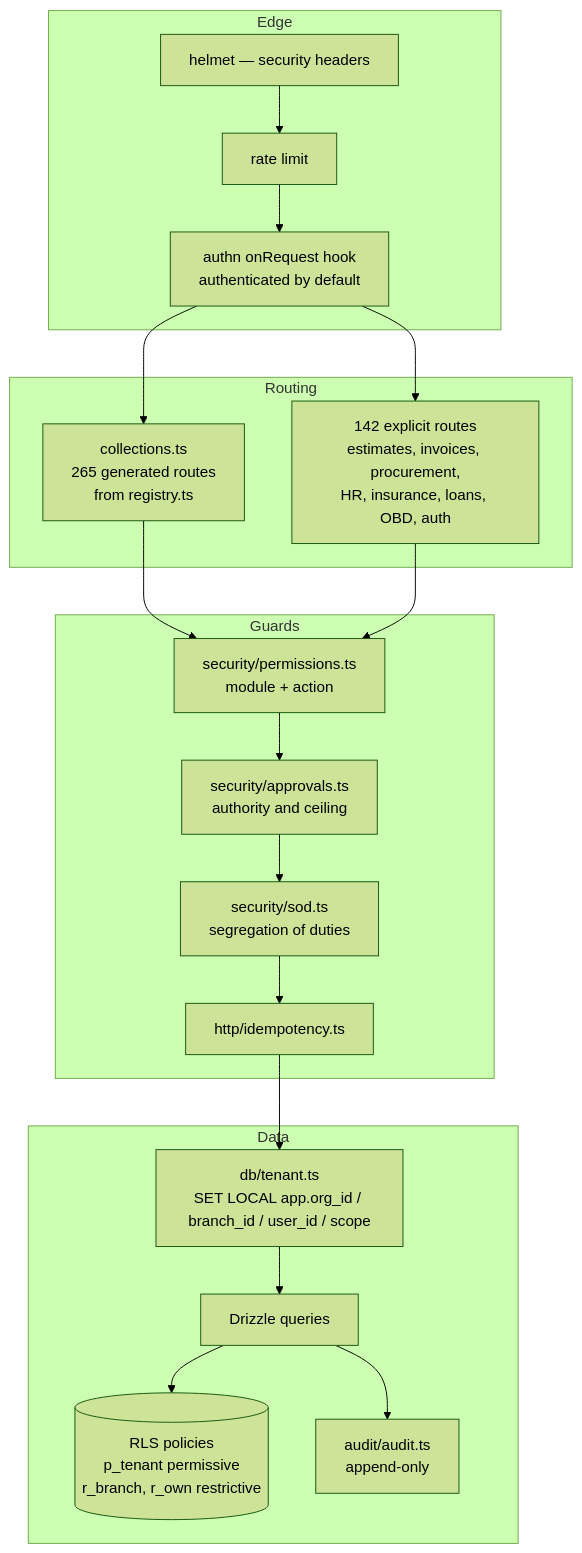
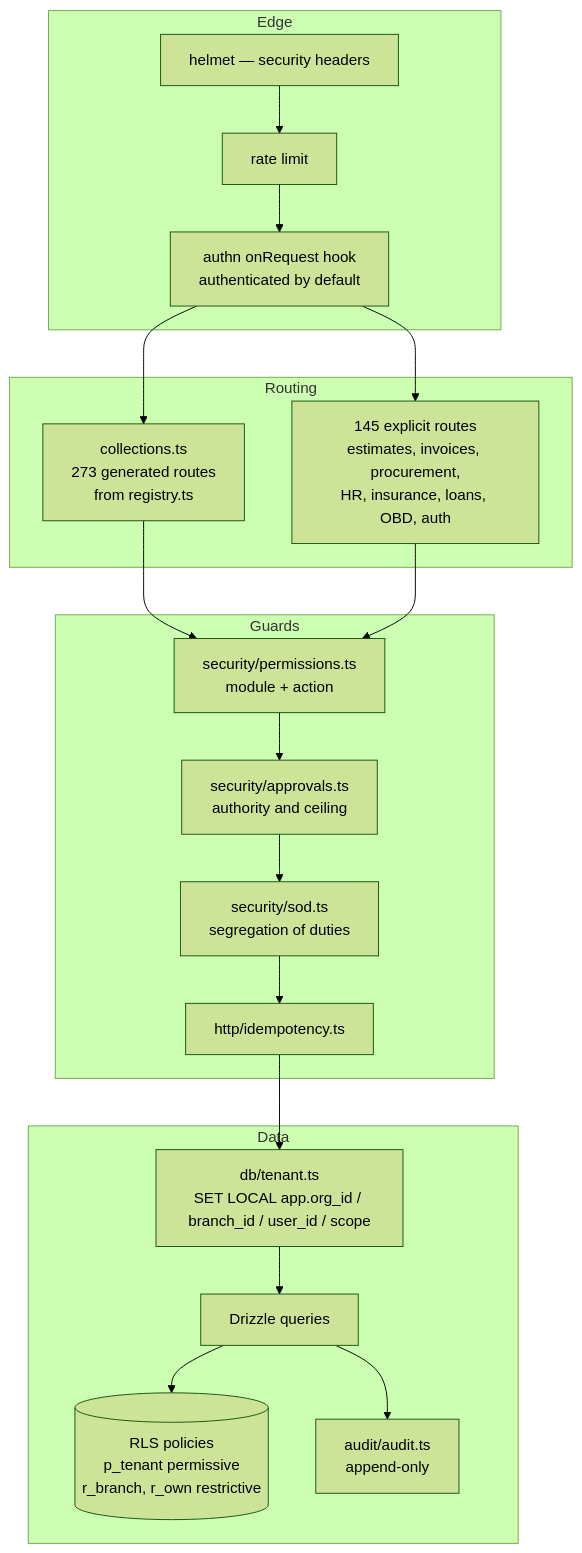
One commit to tazamohd/SlClNe changed the third of 4 diagrams in docs/15_C4_ARCHITECTURE_DIAGRAMS/C4_MODEL.md. Above: the diagram before and after it, drawn with Mermaid (forest theme). The commit also changed other lines of this file and 52 other files, not shown here.

````diff
--- a/docs/15_C4_ARCHITECTURE_DIAGRAMS/C4_MODEL.md
+++ b/docs/15_C4_ARCHITECTURE_DIAGRAMS/C4_MODEL.md
@@ -60,29 +60,29 @@
 ```mermaid
 flowchart TB
   subgraph edge[Edge]
     helmet["helmet — security headers"]
     rl["rate limit"]
     authn["authn onRequest hook<br/>authenticated by default"]
   end
   subgraph routing[Routing]
-    generic["collections.ts<br/>265 generated routes<br/>from registry.ts"]
-    explicit["142 explicit routes<br/>estimates, invoices, procurement,<br/>HR, insurance, loans, OBD, auth"]
+    generic["collections.ts<br/>273 generated routes<br/>from registry.ts"]
+    explicit["145 explicit routes<br/>estimates, invoices, procurement,<br/>HR, insurance, loans, OBD, auth"]
   end
   subgraph guards[Guards]
     perms["security/permissions.ts<br/>module + action"]
     approvals["security/approvals.ts<br/>authority and ceiling"]
     sod["security/sod.ts<br/>segregation of duties"]
     idem["http/idempotency.ts"]
   end
   subgraph data[Data]
     tenant["db/tenant.ts<br/>SET LOCAL app.org_id / branch_id / user_id / scope"]
     drizzle["Drizzle queries"]
     rls[("RLS policies<br/>p_tenant permissive<br/>r_branch, r_own restrictive")]
     audit["audit/audit.ts<br/>append-only"]
   end
   helmet --> rl --> authn --> generic
   authn --> explicit
   generic --> perms
   explicit --> perms --> approvals --> sod --> idem --> tenant --> drizzle --> rls
   drizzle --> audit
 ```
````
